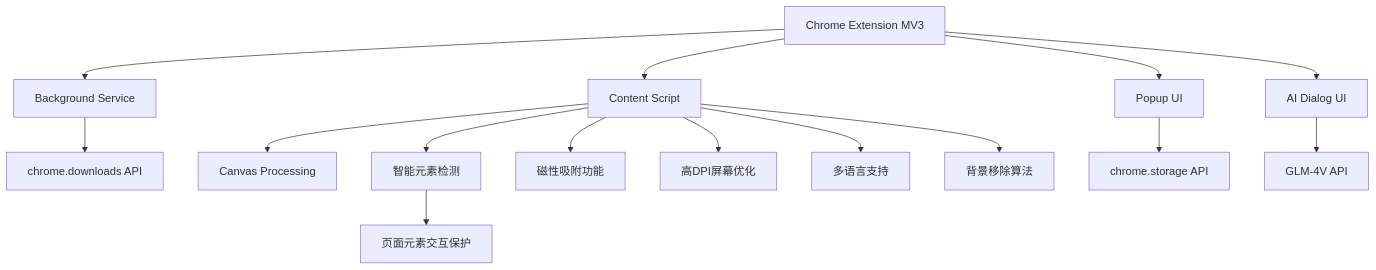
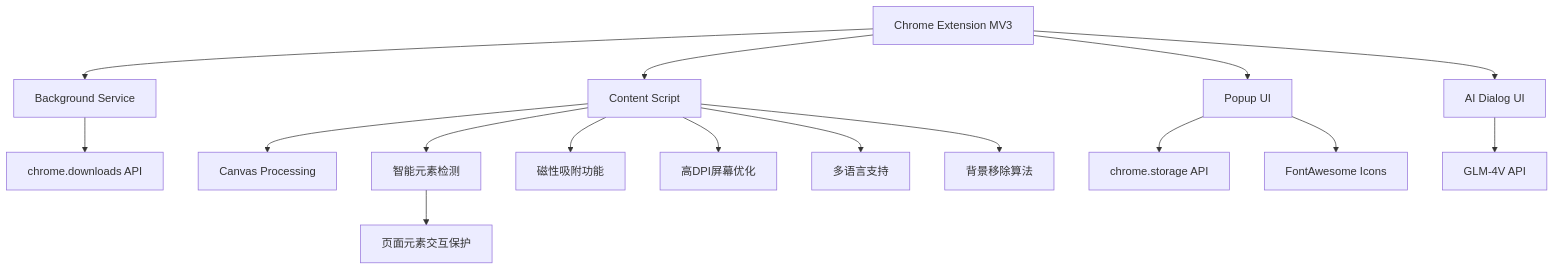
One commit to zhushen12580/smart-screenshot changed the diagram in README.md. Above: the diagram before and after it, drawn with Mermaid. The commit also changed other lines of this file and 8 other files, not shown here.

````diff
--- a/README.md
+++ b/README.md
@@ -160,17 +172,18 @@
 ```mermaid
 graph TD
     A[Chrome Extension MV3] --> B[Background Service]
     A --> C[Content Script]
     A --> D[Popup UI]
     A --> N[AI Dialog UI]
     B --> E[chrome.downloads API]
     C --> F[Canvas Processing]
     D --> G[chrome.storage API]
     C --> H[智能元素检测]
     H --> L[页面元素交互保护]
     C --> I[磁性吸附功能]
     C --> J[高DPI屏幕优化]
     C --> K[多语言支持]
     C --> M[背景移除算法]
     N --> O[GLM-4V API]
+    D --> P[FontAwesome Icons]
 ```
````
